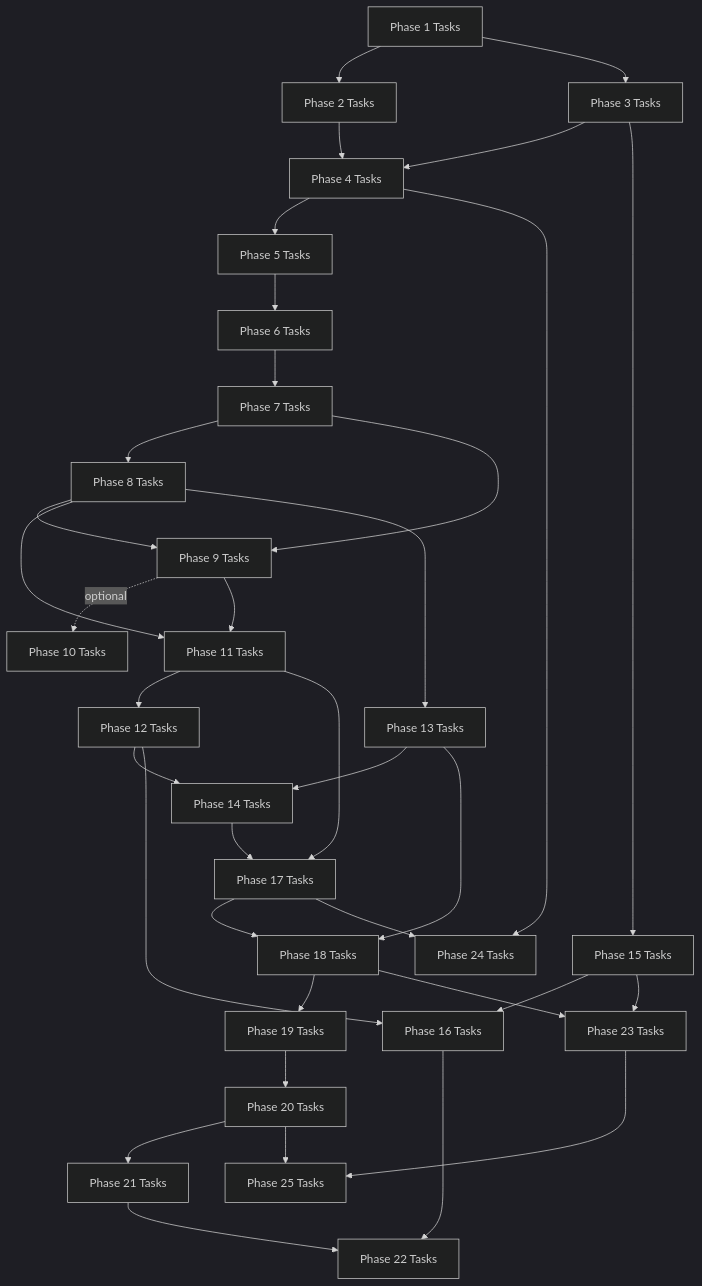
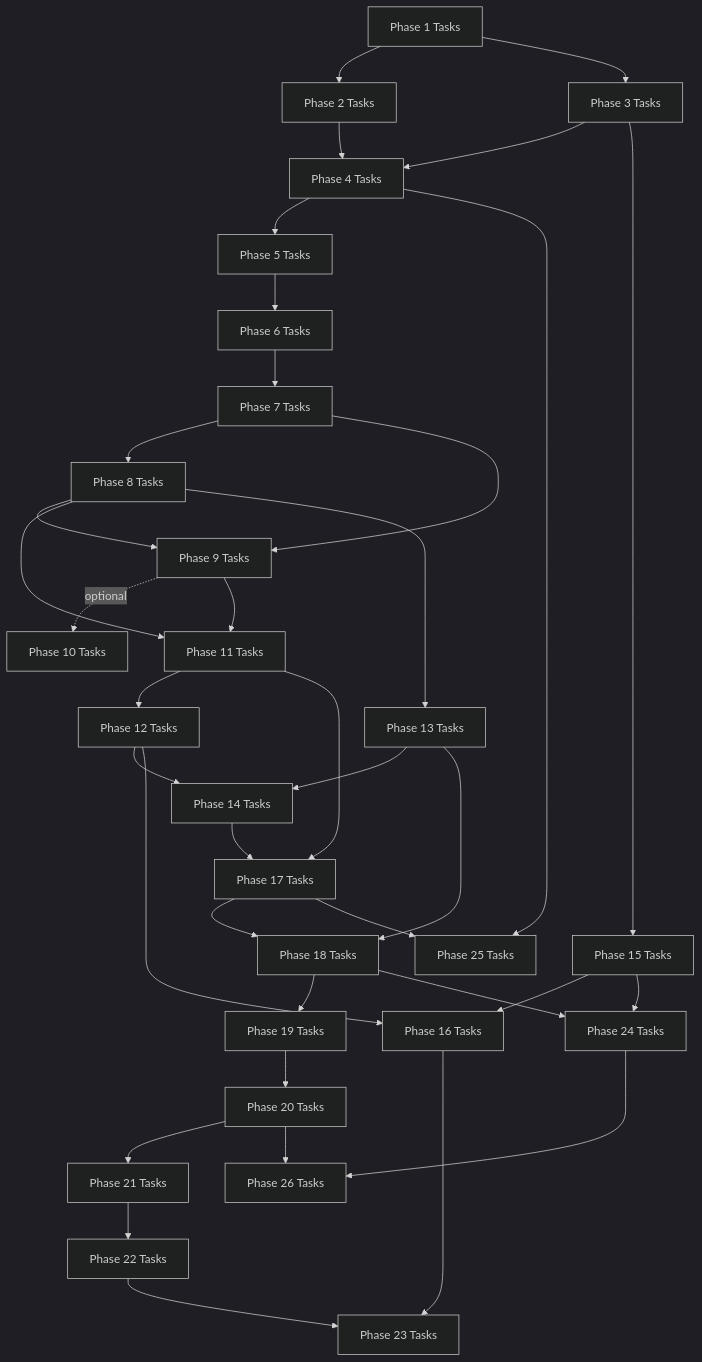
One commit to mikecubed/m3OS changed the diagram in docs/roadmap/tasks/README.md. Above: the diagram before and after it, drawn with Mermaid (dark theme). The commit also changed other lines of this file and 14 other files, not shown here.

````diff
--- a/docs/roadmap/tasks/README.md
+++ b/docs/roadmap/tasks/README.md
@@ -25,48 +25,49 @@
 ```mermaid
 flowchart TD
     P1["Phase 1 Tasks"]
     P2["Phase 2 Tasks"]
     P3["Phase 3 Tasks"]
     P4["Phase 4 Tasks"]
     P5["Phase 5 Tasks"]
     P6["Phase 6 Tasks"]
     P7["Phase 7 Tasks"]
     P8["Phase 8 Tasks"]
     P9["Phase 9 Tasks"]
 
     P1 --> P2
     P1 --> P3
     P2 --> P4
     P3 --> P4
     P4 --> P5
     P5 --> P6
     P6 --> P7
     P7 --> P8
     P7 --> P9
     P8 --> P9
     P9 -.->|optional| P10["Phase 10 Tasks"]
     P9 --> P11["Phase 11 Tasks"]
     P8 --> P11
     P11 --> P12["Phase 12 Tasks"]
     P8 --> P13["Phase 13 Tasks"]
     P12 --> P14["Phase 14 Tasks"]
     P13 --> P14
     P3 --> P15["Phase 15 Tasks"]
     P12 --> P16["Phase 16 Tasks"]
     P15 --> P16
     P14 --> P17["Phase 17 Tasks"]
     P11 --> P17
     P17 --> P18["Phase 18 Tasks"]
     P13 --> P18
     P18 --> P19["Phase 19 Tasks"]
     P19 --> P20["Phase 20 Tasks"]
     P20 --> P21["Phase 21 Tasks"]
-    P16 --> P22["Phase 22 Tasks"]
-    P21 --> P22
-    P18 --> P23["Phase 23 Tasks"]
-    P15 --> P23
-    P17 --> P24["Phase 24 Tasks"]
-    P4 --> P24
-    P20 --> P25["Phase 25 Tasks"]
-    P23 --> P25
+    P21 --> P22["Phase 22 Tasks"]
+    P16 --> P23["Phase 23 Tasks"]
+    P22 --> P23
+    P18 --> P24["Phase 24 Tasks"]
+    P15 --> P24
+    P17 --> P25["Phase 25 Tasks"]
+    P4 --> P25
+    P20 --> P26["Phase 26 Tasks"]
+    P24 --> P26
 ```
````
